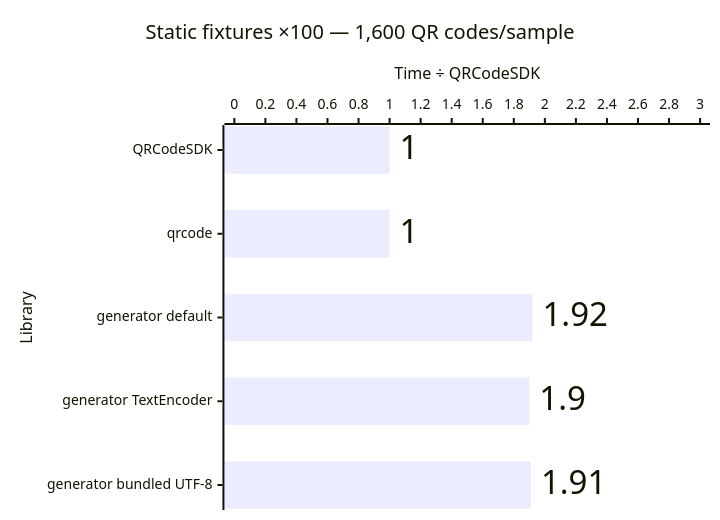
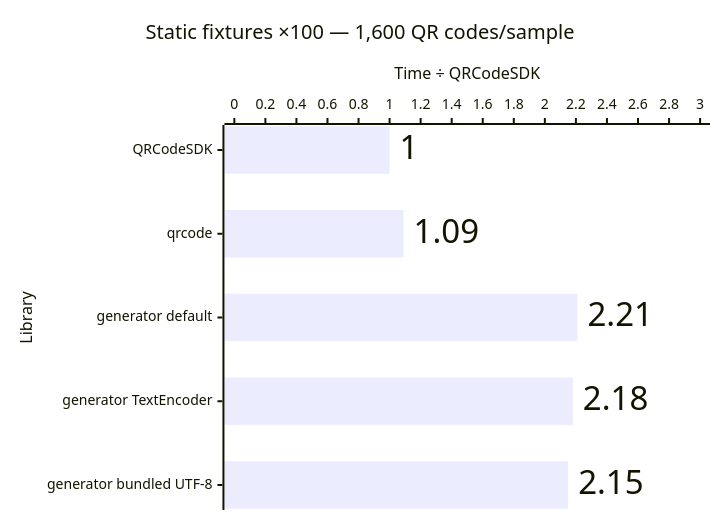
The tenth of 12 diagrams in apps/docs/src/content/docs/advanced/performance.md (Dafnik/qrcodesdk), drawn with Mermaid before and after one commit. The commit also changed other lines of this file and 12 other files, not shown here.

````diff
--- a/apps/docs/src/content/docs/advanced/performance.md
+++ b/apps/docs/src/content/docs/advanced/performance.md
@@ -209,15 +209,15 @@
 ```mermaid
 ---
 config:
   xyChart:
     showDataLabel: true
     showDataLabelOutsideBar: true
 ---
 xychart horizontal
   accTitle: SVG generation: Static fixtures ×100 — 1,600 QR codes/sample
-  accDescr: Relative median time compared with QRCodeSDK. QRCodeSDK 1.00 times, qrcode 1.00 times, generator default 1.92 times, generator TextEncoder 1.90 times, generator bundled UTF-8 1.91 times. Lower is better.
+  accDescr: Relative median time compared with QRCodeSDK. QRCodeSDK 1.00 times, qrcode 1.09 times, generator default 2.21 times, generator TextEncoder 2.18 times, generator bundled UTF-8 2.15 times. Lower is better.
   title "Static fixtures ×100 — 1,600 QR codes/sample"
   x-axis "Library" ["QRCodeSDK", "qrcode", "generator default", "generator TextEncoder", "generator bundled UTF-8"]
   y-axis "Time ÷ QRCodeSDK" 0 --> 3.0
-  bar [1.00, 1.00, 1.92, 1.90, 1.91]
+  bar [1.00, 1.09, 2.21, 2.18, 2.15]
 ```
````
